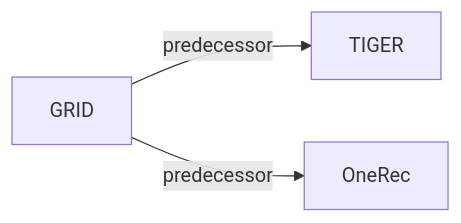
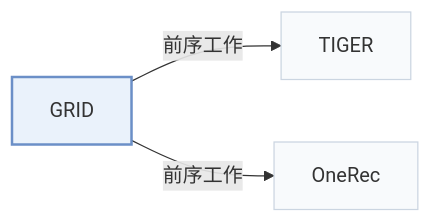
Before and after one commit to Galaxy-ghost/Awesome-SID-Generative-Rec: the third of 3 diagrams in pages/zh/papers/grid.md, drawn with Mermaid. The commit also changed other lines of this file and 649 other files, not shown here.

Commit message:
writer-05: also tags and modality index (schema, check, build, visuals); summary field removed; calibration data for 12 papers

````diff
--- a/pages/zh/papers/grid.md
+++ b/pages/zh/papers/grid.md
@@ -120,6 +134,10 @@
 ```mermaid
 flowchart LR
     P["GRID"]
-    P -->|predecessor| A["TIGER"]
-    P -->|predecessor| B["OneRec"]
+    P -->|"前序工作"| A["TIGER"]
+    P -->|"前序工作"| B["OneRec"]
+    classDef main fill:#eaf2fb,stroke:#6b8fc7,stroke-width:2px
+    classDef peer fill:#f8fafc,stroke:#cbd5e1
+    class P main
+    class A,B peer
 ```
````
